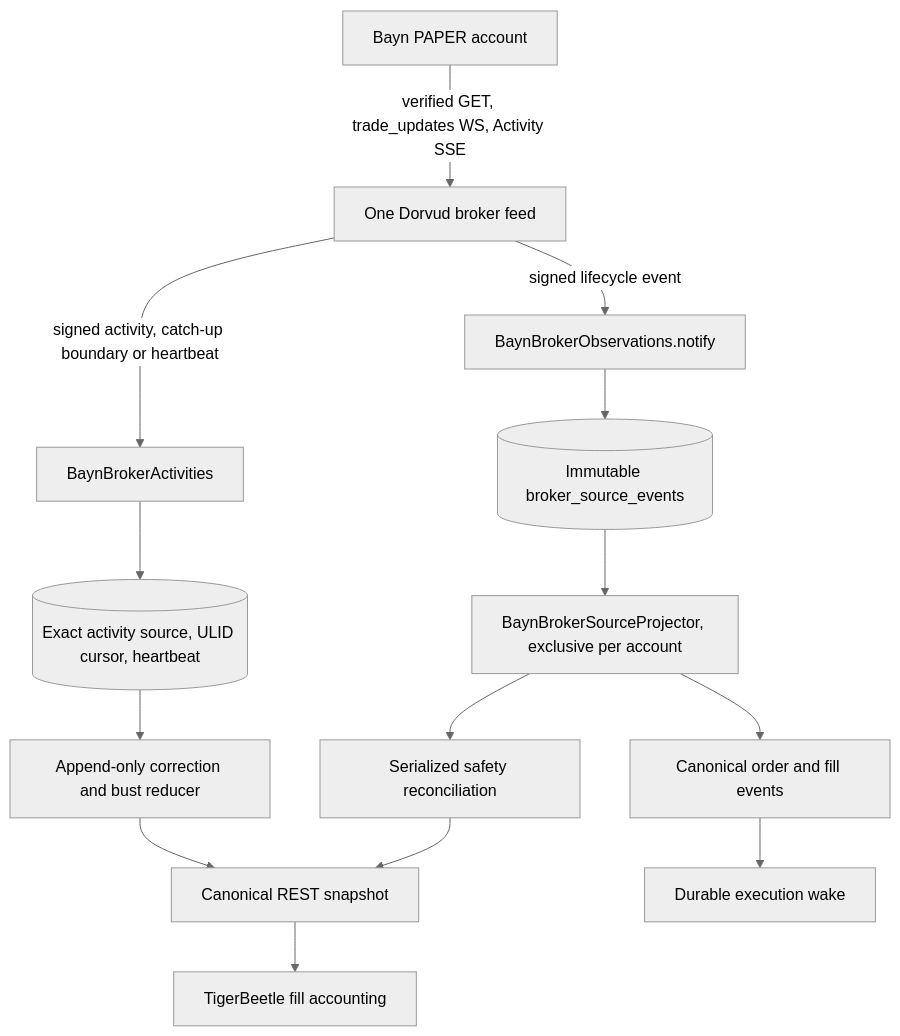
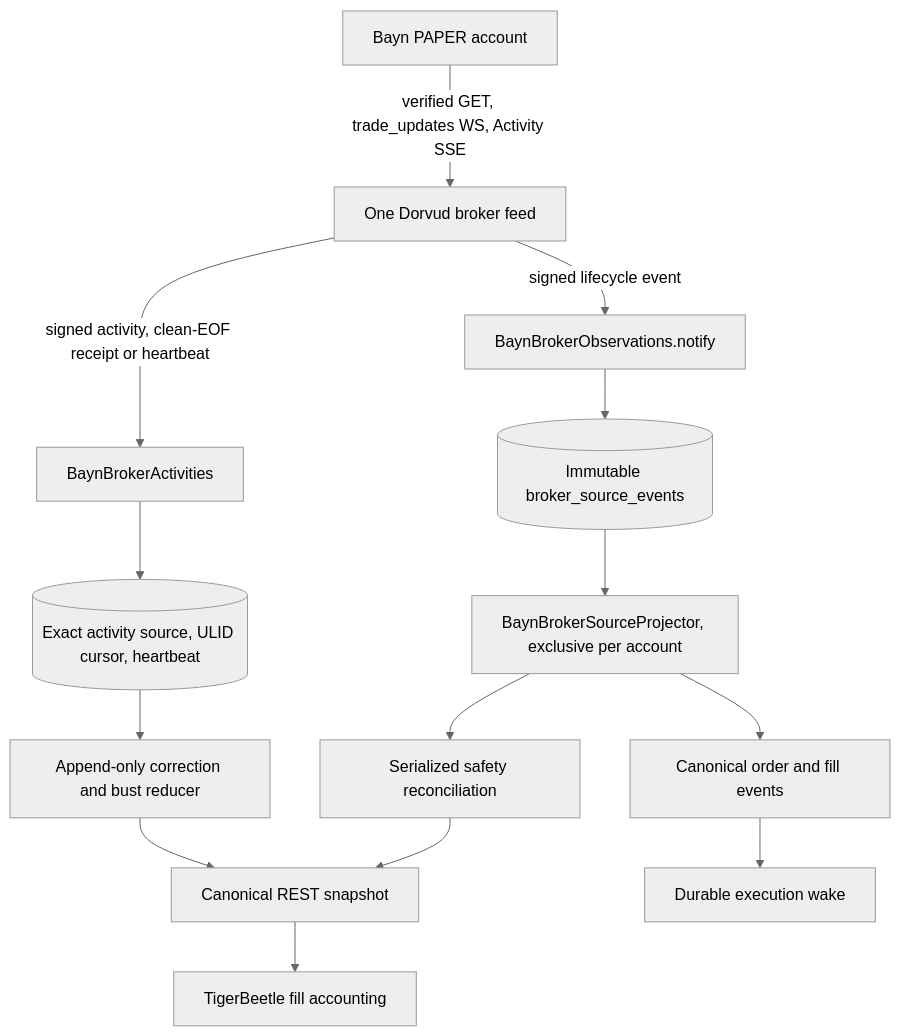
Before and after one commit to proompteng/lab: the diagram in argocd/applications/bayn/README.md, drawn with Mermaid (neutral theme). The commit also changed other lines of this file and 27 other files, not shown here.

Commit message:
feat(bayn): prove durable activity coverage

````diff
--- a/argocd/applications/bayn/README.md
+++ b/argocd/applications/bayn/README.md
@@ -43,16 +44,16 @@
 ```mermaid
 flowchart TB
   Alpaca[Bayn PAPER account] -->|verified GET, trade_updates WS, Activity SSE| Dorvud[One Dorvud broker feed]
   Dorvud -->|signed lifecycle event| Notify[BaynBrokerObservations.notify]
-  Dorvud -->|signed activity, catch-up boundary or heartbeat| Activity[BaynBrokerActivities]
+  Dorvud -->|signed activity, clean-EOF receipt or heartbeat| Activity[BaynBrokerActivities]
   Notify --> Ledger[(Immutable broker_source_events)]
   Activity --> ActivityLedger[(Exact activity source, ULID cursor, heartbeat)]
   Ledger --> Project[BaynBrokerSourceProjector, exclusive per account]
   ActivityLedger --> Reduce[Append-only correction and bust reducer]
   Project --> Order[Canonical order and fill events]
   Reduce --> Snapshot
   Order --> Wake[Durable execution wake]
   Project --> Reconcile[Serialized safety reconciliation]
   Reconcile --> Snapshot[Canonical REST snapshot]
   Snapshot --> Accounting[TigerBeetle fill accounting]
 ```
````
